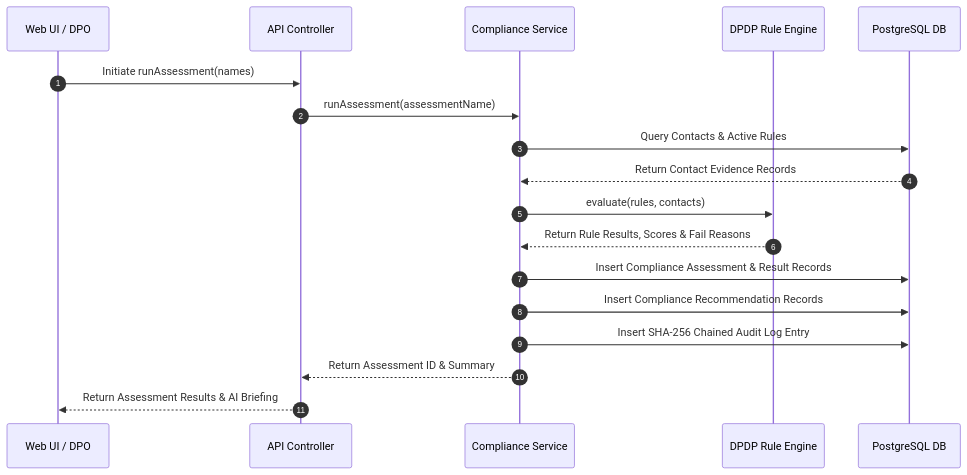
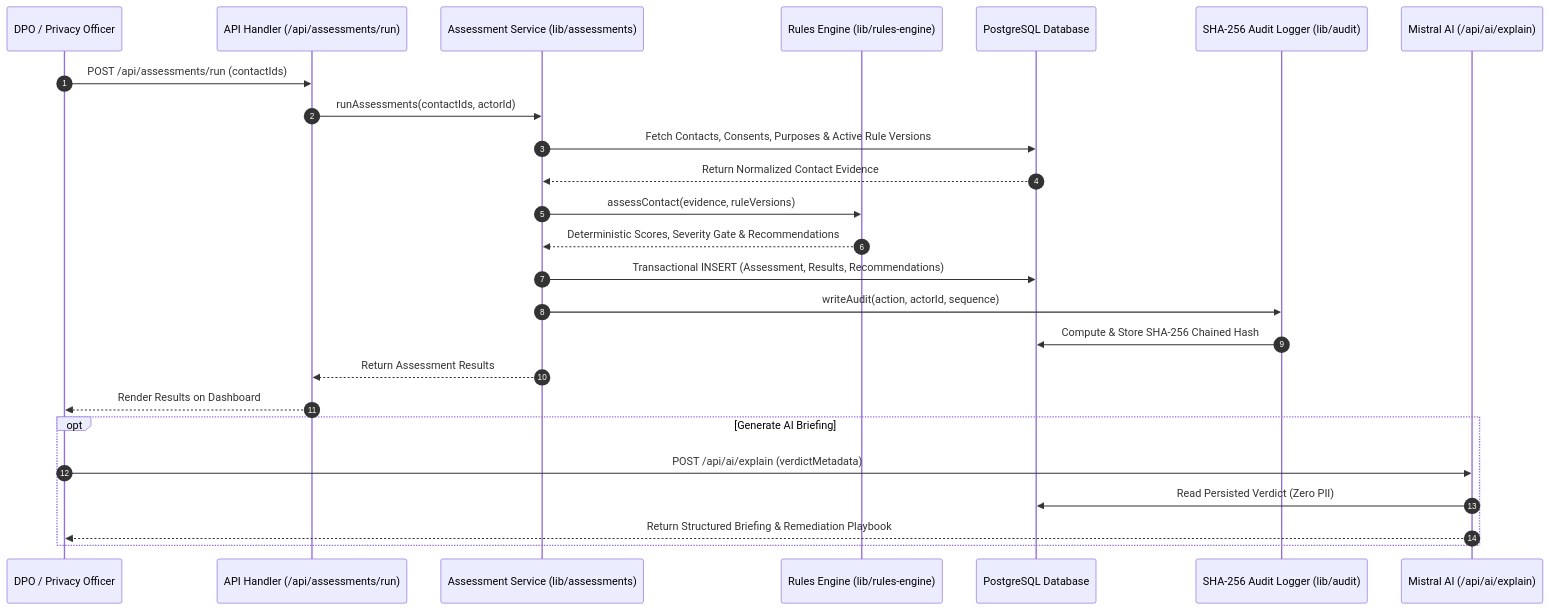
One commit to VedantVH/SalesForce changed the second of 2 diagrams in README.md. Above: the diagram before and after it, drawn with Mermaid. The commit also changed other lines of this file, not shown here.

Commit message:
docs: align architecture strictly with codebase structure and remove contributors section

````diff
--- a/README.md
+++ b/README.md
@@ -69,21 +76,29 @@
 ```mermaid
 sequenceDiagram
     autonumber
-    participant UI as Web UI / DPO
-    participant Controller as API Controller
-    participant Service as Compliance Service
-    participant Engine as DPDP Rule Engine
-    participant DB as PostgreSQL DB
+    participant DPO as DPO / Privacy Officer
+    participant API as API Handler (/api/assessments/run)
+    participant Service as Assessment Service (lib/assessments)
+    participant Engine as Rules Engine (lib/rules-engine)
+    participant DB as PostgreSQL Database
+    participant Audit as SHA-256 Audit Logger (lib/audit)
+    participant AI as Mistral AI (/api/ai/explain)
 
-    UI->>Controller: Initiate runAssessment(names)
-    Controller->>Service: runAssessment(assessmentName)
-    Service->>DB: Query Contacts & Active Rules
-    DB-->>Service: Return Contact Evidence Records
-    Service->>Engine: evaluate(rules, contacts)
-    Engine-->>Service: Return Rule Results, Scores & Fail Reasons
-    Service->>DB: Insert Compliance Assessment & Result Records
-    Service->>DB: Insert Compliance Recommendation Records
-    Service->>DB: Insert SHA-256 Chained Audit Log Entry
-    Service-->>Controller: Return Assessment ID & Summary
-    Controller-->>UI: Return Assessment Results & AI Briefing
+    DPO->>API: POST /api/assessments/run (contactIds)
+    API->>Service: runAssessments(contactIds, actorId)
+    Service->>DB: Fetch Contacts, Consents, Purposes & Active Rule Versions
+    DB-->>Service: Return Normalized Contact Evidence
+    Service->>Engine: assessContact(evidence, ruleVersions)
+    Engine-->>Service: Deterministic Scores, Severity Gate & Recommendations
+    Service->>DB: Transactional INSERT (Assessment, Results, Recommendations)
+    Service->>Audit: writeAudit(action, actorId, sequence)
+    Audit->>DB: Compute & Store SHA-256 Chained Hash
+    Service-->>API: Return Assessment Results
+    API-->>DPO: Render Results on Dashboard
+    
+    opt Generate AI Briefing
+        DPO->>AI: POST /api/ai/explain (verdictMetadata)
+        AI->>DB: Read Persisted Verdict (Zero PII)
+        AI-->>DPO: Return Structured Briefing & Remediation Playbook
+    end
 ```
````
